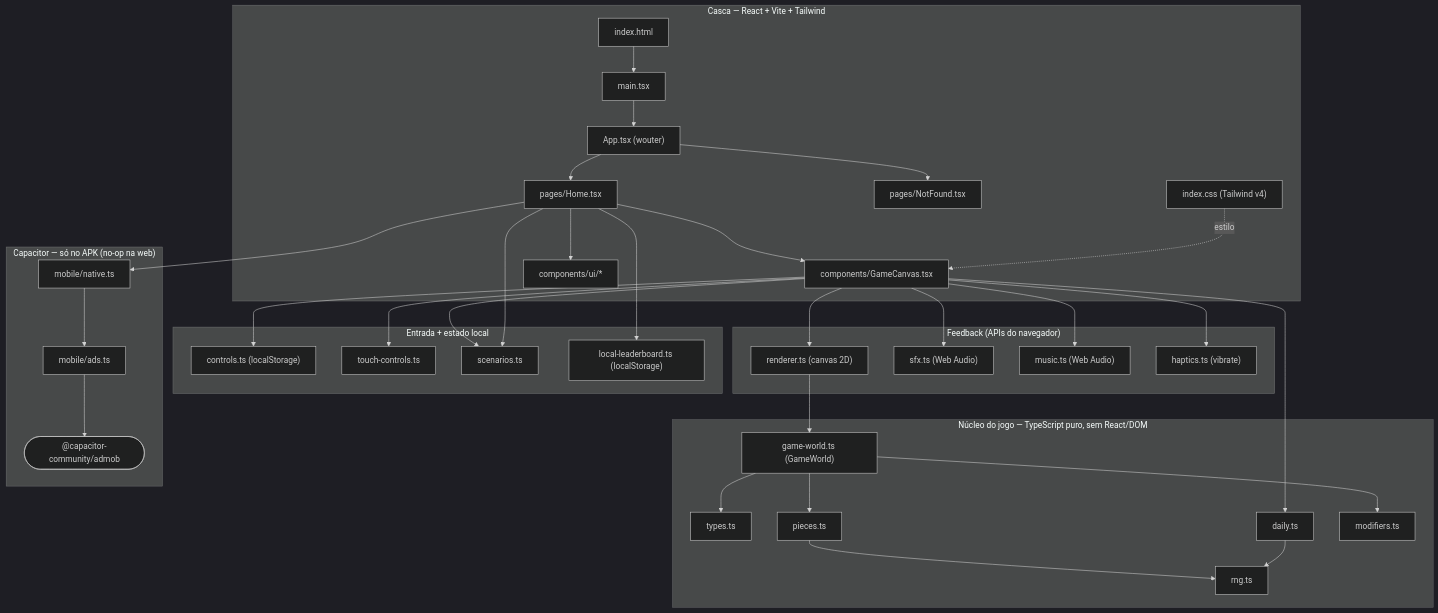
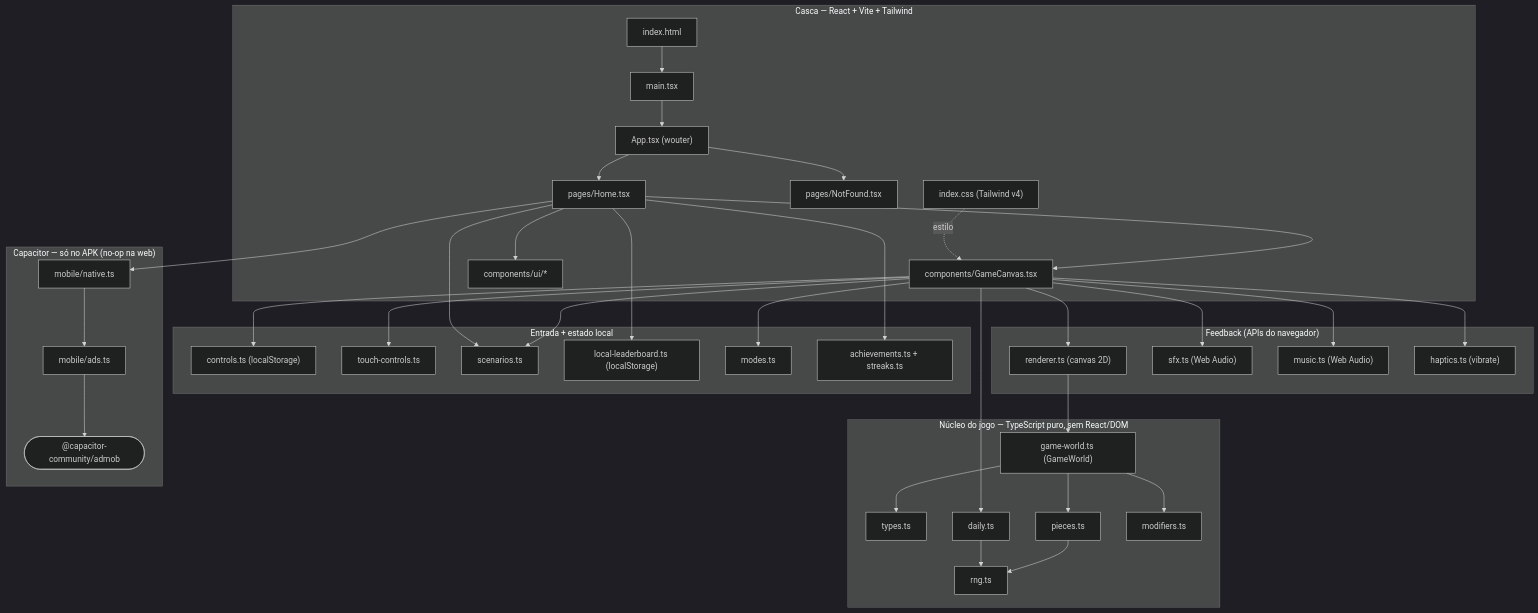
The first of 2 diagrams in README.md (xx7rg/neon-blockfall), drawn with Mermaid (dark theme) before and after one commit. The commit also changed other lines of this file and 5 other files, not shown here.

````diff
--- a/README.md
+++ b/README.md
@@ -139,57 +155,61 @@
 ```mermaid
 flowchart TD
     subgraph SHELL["Casca — React + Vite + Tailwind"]
         HTML["index.html"] --> MAIN["main.tsx"] --> APP["App.tsx (wouter)"]
         APP --> HOME["pages/Home.tsx"]
         APP --> NF["pages/NotFound.tsx"]
         HOME --> GC["components/GameCanvas.tsx"]
         HOME --> UIP["components/ui/*"]
         CSS["index.css (Tailwind v4)"]
     end
 
     subgraph CORE["Núcleo do jogo — TypeScript puro, sem React/DOM"]
         WORLD["game-world.ts (GameWorld)"]
         TYPES["types.ts"]
         PIECES["pieces.ts"]
         RNG["rng.ts"]
         DAILY["daily.ts"]
         MODS["modifiers.ts"]
         WORLD --> TYPES
         WORLD --> PIECES
         WORLD --> MODS
         PIECES --> RNG
         DAILY --> RNG
     end
 
     subgraph FEEDBACK["Feedback (APIs do navegador)"]
         REND["renderer.ts (canvas 2D)"]
         SFX["sfx.ts (Web Audio)"]
         MUSIC["music.ts (Web Audio)"]
         HAPT["haptics.ts (vibrate)"]
     end
 
     subgraph INPUT["Entrada + estado local"]
         CTRL["controls.ts (localStorage)"]
         TOUCH["touch-controls.ts"]
         SCEN["scenarios.ts"]
         LB["local-leaderboard.ts (localStorage)"]
+        MODES["modes.ts"]
+        PROG["achievements.ts + streaks.ts"]
     end
 
     subgraph NATIVE["Capacitor — só no APK (no-op na web)"]
         NAT["mobile/native.ts"] --> ADS["mobile/ads.ts"] --> PLUG(["@capacitor-community/admob"])
     end
 
     CSS -.->|estilo| GC
     GC --> REND
     REND --> WORLD
     GC --> DAILY
     GC --> CTRL
     GC --> TOUCH
     GC --> SCEN
+    GC --> MODES
     GC --> SFX
     GC --> MUSIC
     GC --> HAPT
     HOME --> LB
+    HOME --> PROG
     HOME --> SCEN
     HOME --> NAT
 ```
````
